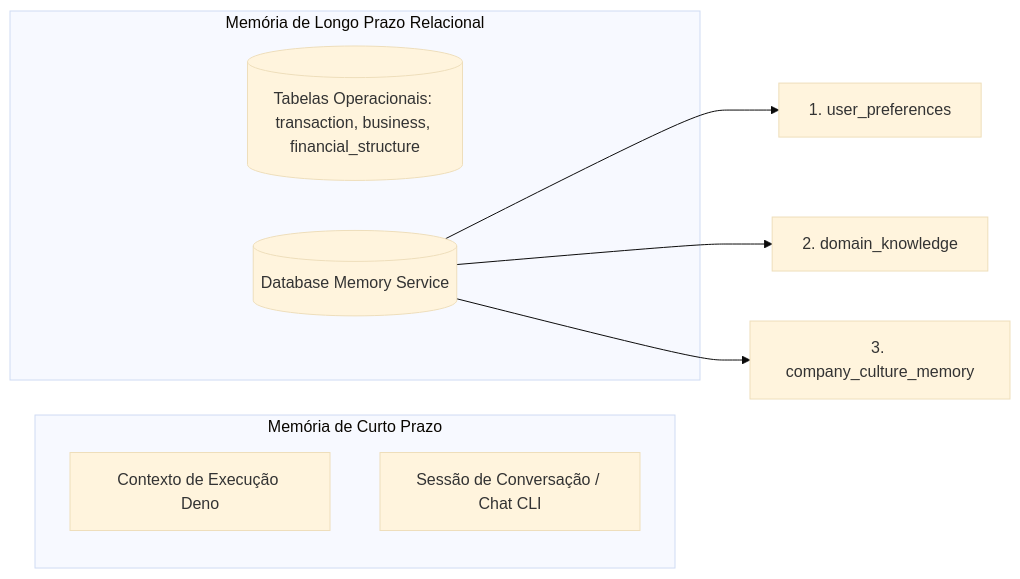
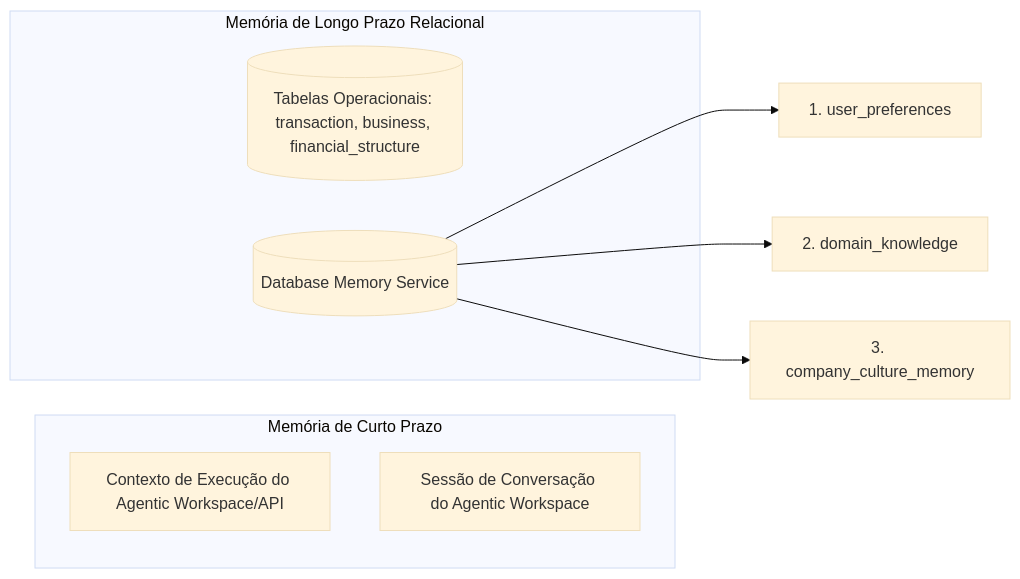
The diagram in src/agent/agents/broker-orchestrator/fonts/memory_taxonomy_ma.md (M-Ai-Fintech/mai), drawn with Mermaid (base theme) before and after one commit. The commit also changed other lines of this file and 7 other files, not shown here.

````diff
--- a/src/agent/agents/broker-orchestrator/fonts/memory_taxonomy_ma.md
+++ b/src/agent/agents/broker-orchestrator/fonts/memory_taxonomy_ma.md
@@ -17,16 +17,16 @@
 ```mermaid
 graph LR
     subgraph Memória de Curto Prazo
-        Context[Contexto de Execução Deno]
-        Session[Sessão de Conversação / Chat CLI]
+        Context[Contexto de Execução do Agentic Workspace/API]
+        Session[Sessão de Conversação do Agentic Workspace]
     end
 
     subgraph Memória de Longo Prazo Relacional
         DB_OP[(Tabelas Operacionais: transaction, business, financial_structure)]
         DB_MEM[(Database Memory Service)]
     end
 
     DB_MEM --> user_preferences[1. user_preferences]
     DB_MEM --> domain_knowledge[2. domain_knowledge]
     DB_MEM --> company_culture_memory[3. company_culture_memory]
 ```
````
